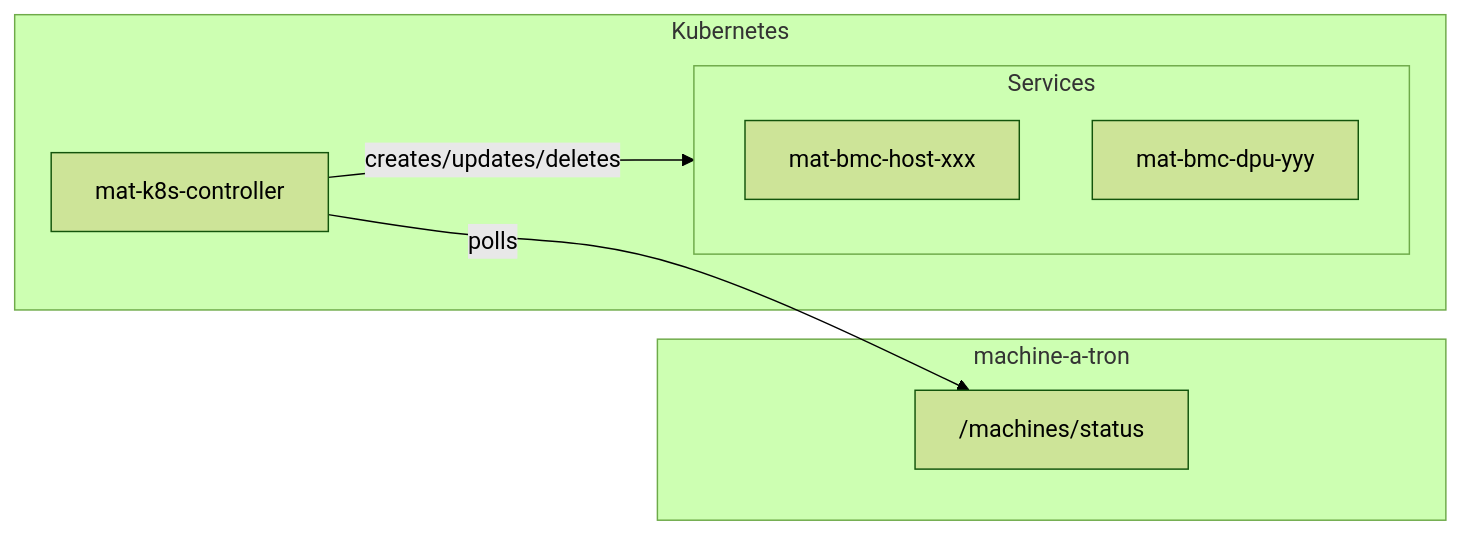
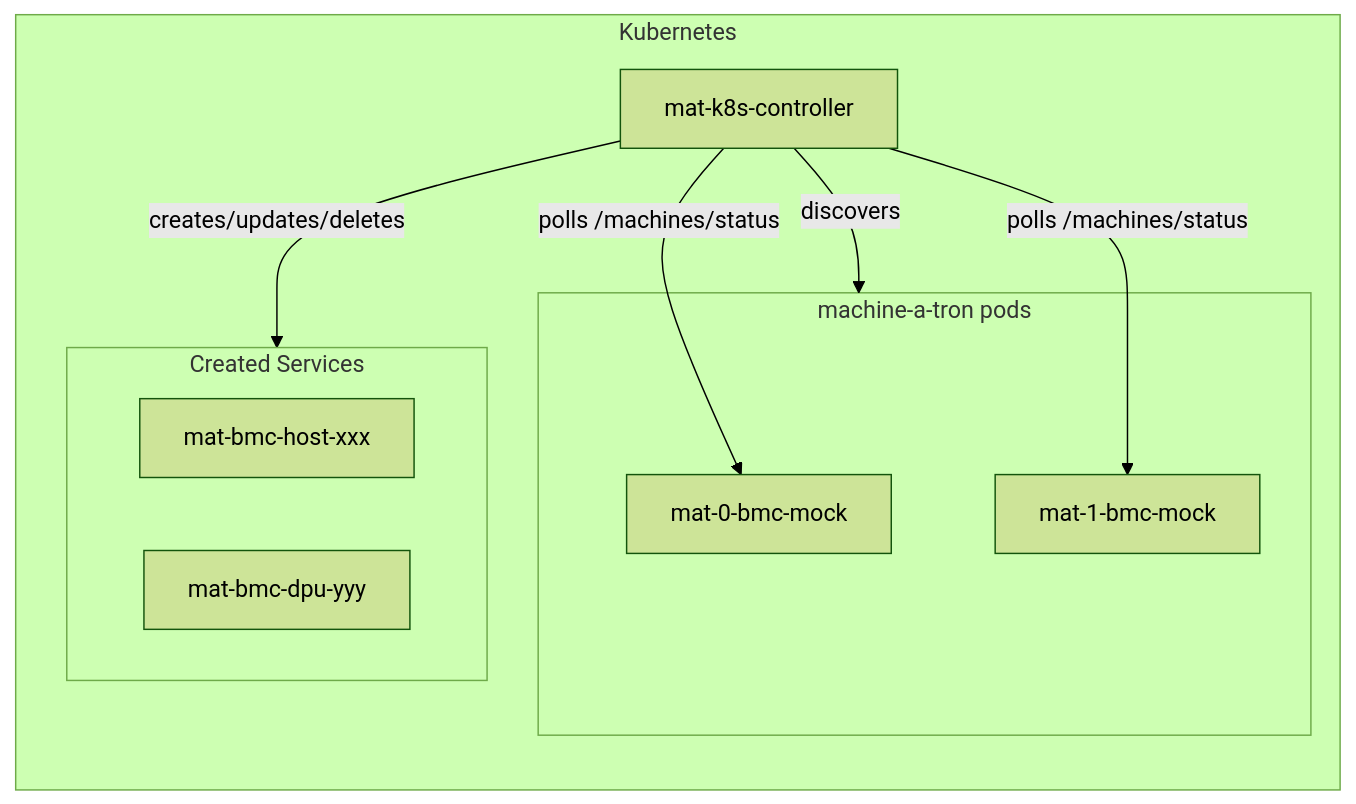
The diagram in dev/k8s/machine-a-tron-controller/README.md (roehrijn/infra-controller), drawn with Mermaid (forest theme) before and after one commit. The commit also changed other lines of this file and 10 other files, not shown here.

Commit message:
fix: machine-a-tron controller pod discovery

````diff
--- a/dev/k8s/machine-a-tron-controller/README.md
+++ b/dev/k8s/machine-a-tron-controller/README.md
@@ -188,17 +109,19 @@
 ```mermaid
 flowchart LR
-    subgraph MAT[machine-a-tron]
-        API["/machines/status"]
-    end
-
     subgraph K8s[Kubernetes]
         Controller[mat-k8s-controller]
-        subgraph Services
-            HostSvc[mat-bmc-host-xxx]
-            DpuSvc[mat-bmc-dpu-yyy]
+        subgraph MAT[machine-a-tron pods]
+            MAT0[mat-0-bmc-mock]
+            MAT1[mat-1-bmc-mock]
+        end
+        subgraph Services[Created Services]
+            Svc1[mat-bmc-host-xxx]
+            Svc2[mat-bmc-dpu-yyy]
         end
     end
 
-    Controller -->|polls| API
+    Controller -->|discovers| MAT
+    Controller -->|polls /machines/status| MAT0
+    Controller -->|polls /machines/status| MAT1
     Controller -->|creates/updates/deletes| Services
 ```
````
